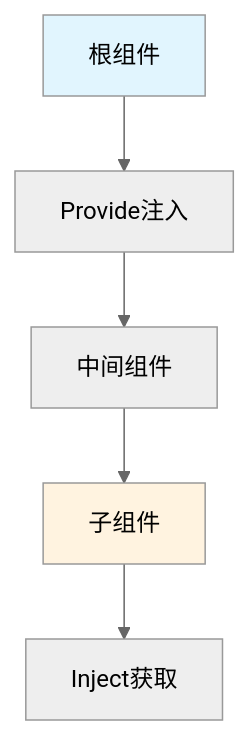
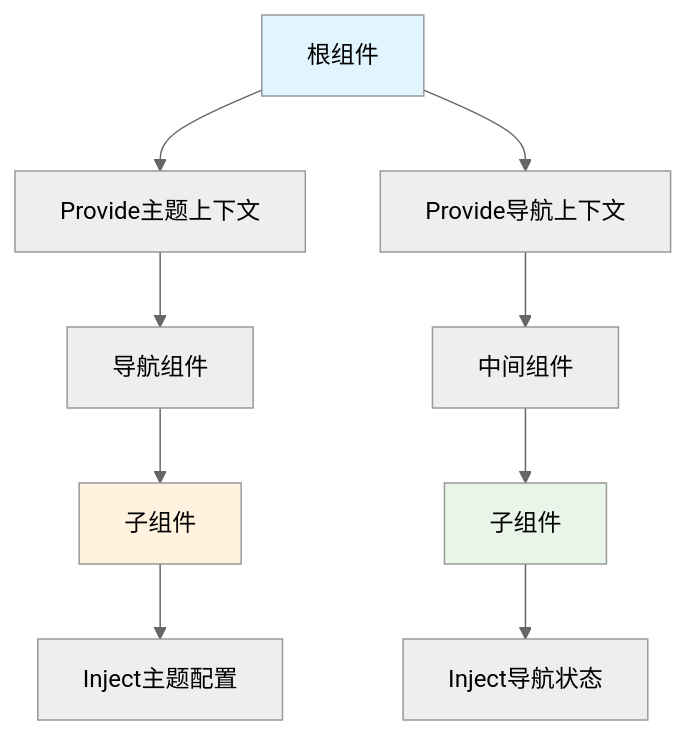
The ninth of 24 diagrams in .qoder/repowiki/zh/content/架构设计/桌面端架构设计/前端架构设计/Vue组件系统架构.md (itsharex/NexTunnel), drawn with Mermaid (neutral theme) before and after one commit. The commit also changed other lines of this file and 41 other files, not shown here.

````diff
--- a/.qoder/repowiki/zh/content/架构设计/桌面端架构设计/前端架构设计/Vue组件系统架构.md
+++ b/.qoder/repowiki/zh/content/架构设计/桌面端架构设计/前端架构设计/Vue组件系统架构.md
@@ -248,9 +287,14 @@
 ```mermaid
 graph TB
-A[根组件] --> B[Provide注入]
-B --> C[中间组件]
+A[根组件] --> B[Provide主题上下文]
+B --> C[导航组件]
 C --> D[子组件]
-D --> E[Inject获取]
+D --> E[Inject主题配置]
+A --> F[Provide导航上下文]
+F --> G[中间组件]
+G --> H[子组件]
+H --> I[Inject导航状态]
 style A fill:#e1f5fe
 style D fill:#fff3e0
+style H fill:#e8f5e8
 ```
````
